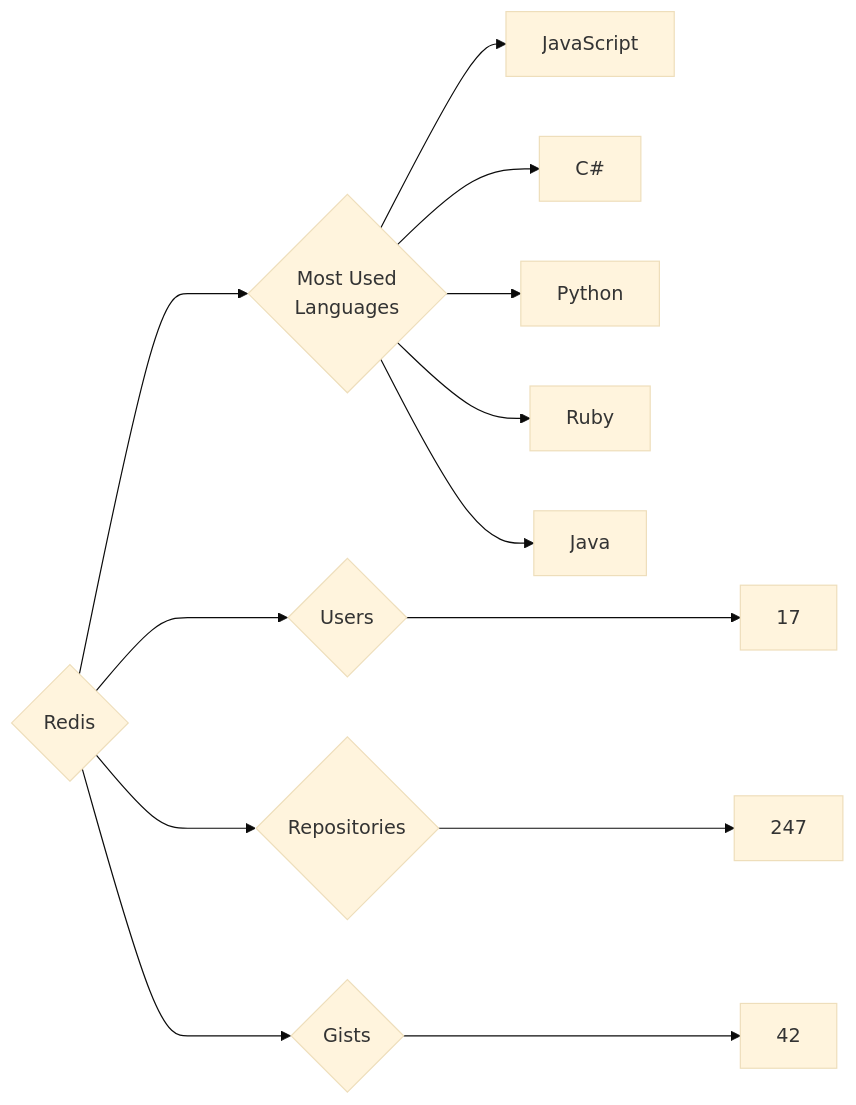
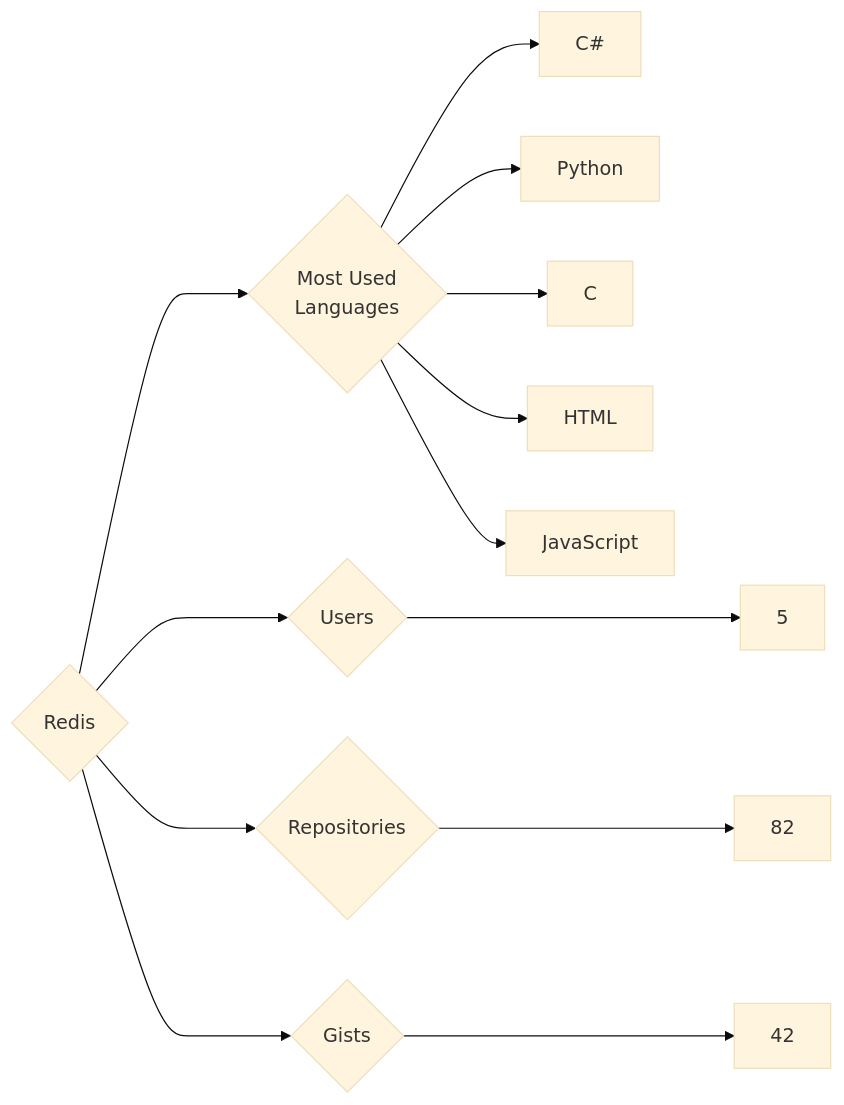
The diagram in targets/Redis/README.md (trickest/insiders), drawn with Mermaid (base theme) before and after one commit. The commit also changed 681 other files, not shown here.

````diff
--- a/targets/Redis/README.md
+++ b/targets/Redis/README.md
@@ -3,13 +3,13 @@
 ```mermaid
 graph LR
 COMPANY_NAME{Redis}
-COMPANY_NAME ---> U{Users} ---> UN[17]
-COMPANY_NAME ---> R{Repositories} ---> RN[247]
+COMPANY_NAME ---> U{Users} ---> UN[5]
+COMPANY_NAME ---> R{Repositories} ---> RN[82]
 COMPANY_NAME ---> G{Gists} ---> GN[42]
 COMPANY_NAME ---> ML{Most Used<br>Languages}
-ML --> JavaScript[JavaScript]
 ML --> C#[C#]
 ML --> Python[Python]
-ML --> Ruby[Ruby]
-ML --> Java[Java]
+ML --> C[C]
+ML --> HTML[HTML]
+ML --> JavaScript[JavaScript]
 ```
````
